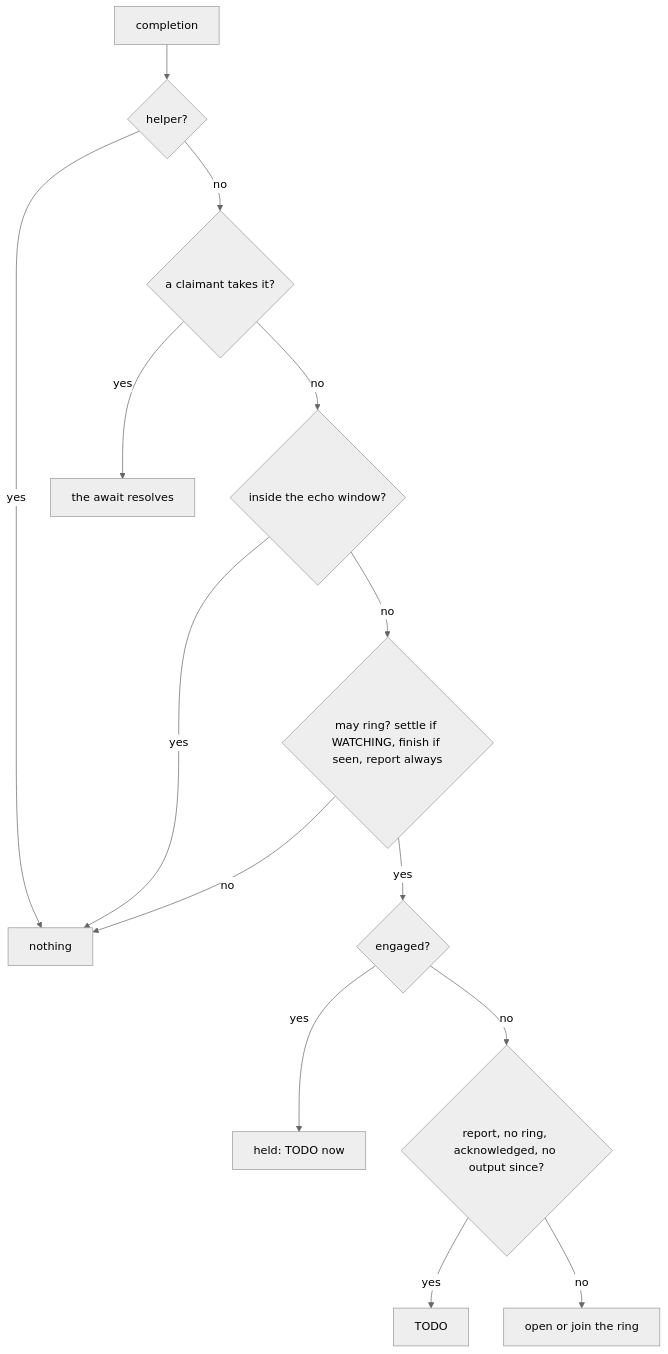
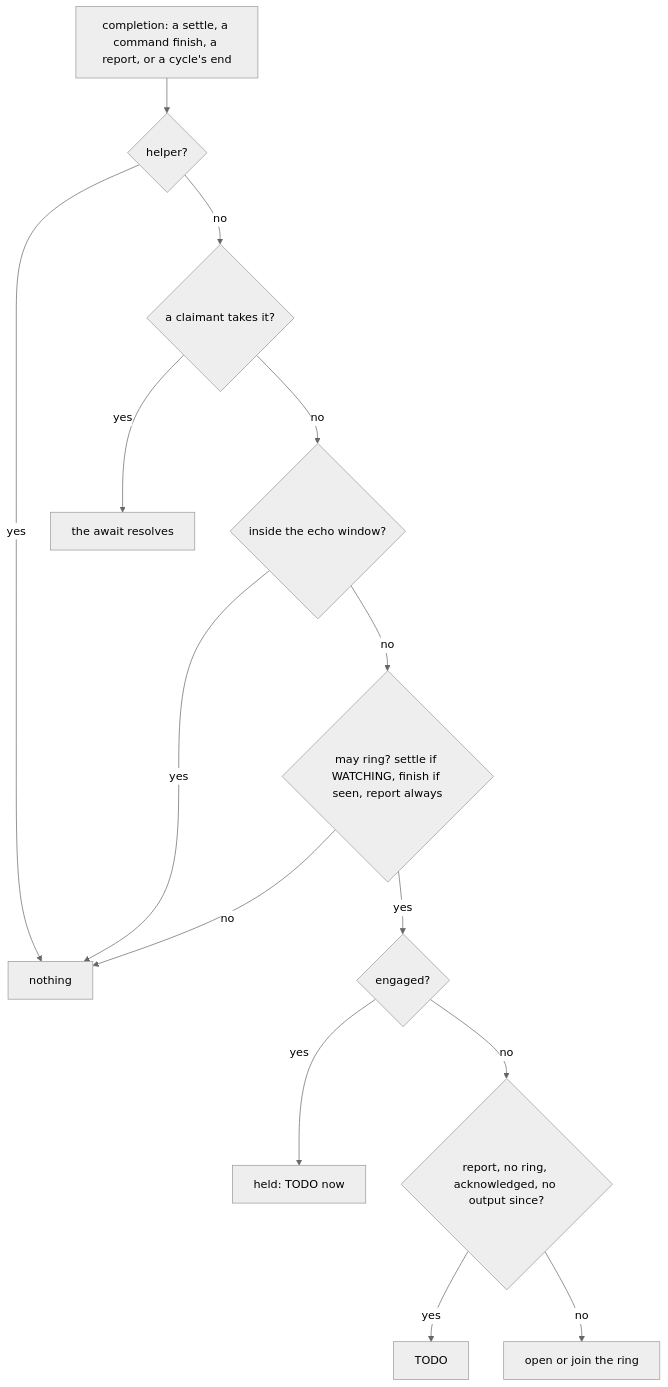
One commit to diffplug/dormouse changed the first of 14 diagrams in docs/specs/alert.md. Above: the diagram before and after it, drawn with Mermaid (neutral theme). The commit also changed other lines of this file and 1 other file, not shown here.

````diff
--- a/docs/specs/alert.md
+++ b/docs/specs/alert.md
@@ -85,16 +85,16 @@
 ```mermaid
 flowchart TD
-  C["completion"] --> H{"helper?"}
+  C["completion: a settle, a command finish, a report, or a cycle's end"] --> H{"helper?"}
   H -- yes --> X["nothing"]
   H -- no --> A{"a claimant takes it?"}
   A -- yes --> W["the await resolves"]
   A -- no --> E{"inside the echo window?"}
   E -- yes --> X
   E -- no --> R{"may ring? settle if WATCHING, finish if seen, report always"}
   R -- no --> X
   R -- yes --> G{"engaged?"}
   G -- yes --> HD["held: TODO now"]
   G -- no --> K{"report, no ring, acknowledged, no output since?"}
   K -- yes --> T["TODO"]
   K -- no --> RG["open or join the ring"]
 ```
````
